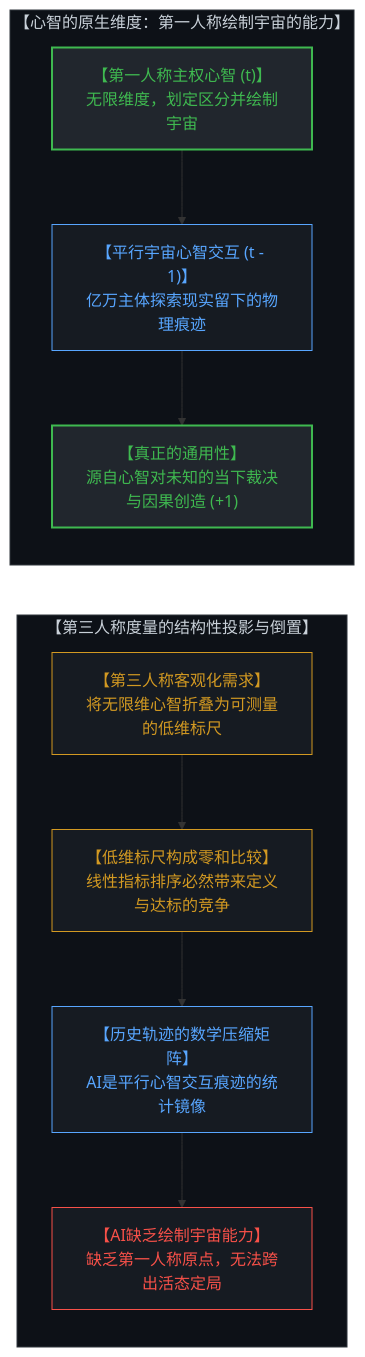
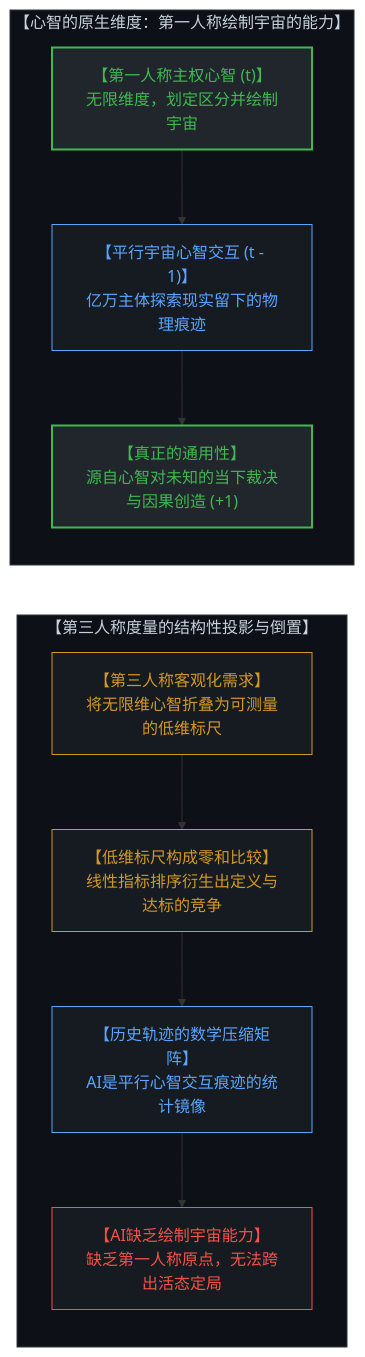
Before and after one commit to powerpig99/not-a-toe: diagram 13 of 16 in content/posts/the-dissolution-of-the-great-reversal.md, drawn with Mermaid. The commit also changed other lines of this file, not shown here.

````diff
--- a/content/posts/the-dissolution-of-the-great-reversal.md
+++ b/content/posts/the-dissolution-of-the-great-reversal.md
@@ -583,34 +583,34 @@
 ```mermaid
 graph TD
     subgraph MindCosmicPainting["【心智的原生维度：第一人称绘制宇宙的能力】"]
         direction TB
         SovereignObserver["【第一人称主权心智 (t)】<br>无限维度，划定区分并绘制宇宙"]
         ParallelMindInteractions["【平行宇宙心智交互 (t - 1)】<br>亿万主体探索现实留下的物理痕迹"]
         TrueGeneralWisdom["【真正的通用性】<br>源自心智对未知的当下裁决与因果创造 (+1)"]
         SovereignObserver --> ParallelMindInteractions
         ParallelMindInteractions --> TrueGeneralWisdom
     end
 
     subgraph AGITraceMirror["【第三人称度量的结构性投影与倒置】"]
         direction TB
         MetricProjection["【第三人称客观化需求】<br>将无限维心智折叠为可测量的低维标尺"]
-        ZeroSumStructure["【低维标尺构成零和比较】<br>线性指标排序必然带来定义与达标的竞争"]
+        ZeroSumStructure["【低维标尺构成零和比较】<br>线性指标排序衍生出定义与达标的竞争"]
         ModelCompression["【历史轨迹的数学压缩矩阵】<br>AI是平行心智交互痕迹的统计镜像"]
         NoUniversePainting["【AI缺乏绘制宇宙能力】<br>缺乏第一人称原点，无法跨出活态定局"]
         MetricProjection --> ZeroSumStructure
         ZeroSumStructure --> ModelCompression
         ModelCompression --> NoUniversePainting
     end
 
     TrueGeneralWisdom ~~~ MetricProjection
 
     style MindCosmicPainting fill:#0d1117,stroke:#30363d,stroke-width:1px,color:#c9d1d9
     style SovereignObserver fill:#21262d,stroke:#3fb950,stroke-width:2px,color:#3fb950
     style ParallelMindInteractions fill:#161b22,stroke:#58a6ff,stroke-width:1px,color:#58a6ff
     style TrueGeneralWisdom fill:#21262d,stroke:#3fb950,stroke-width:2px,color:#3fb950
     style AGITraceMirror fill:#0d1117,stroke:#30363d,stroke-width:1px,color:#c9d1d9
     style MetricProjection fill:#161b22,stroke:#d29922,stroke-width:1px,color:#d29922
     style ZeroSumStructure fill:#161b22,stroke:#d29922,stroke-width:1px,color:#d29922
     style ModelCompression fill:#161b22,stroke:#58a6ff,stroke-width:1px,color:#58a6ff
     style NoUniversePainting fill:#161b22,stroke:#f85149,stroke-width:1px,color:#f85149
 ```
````
